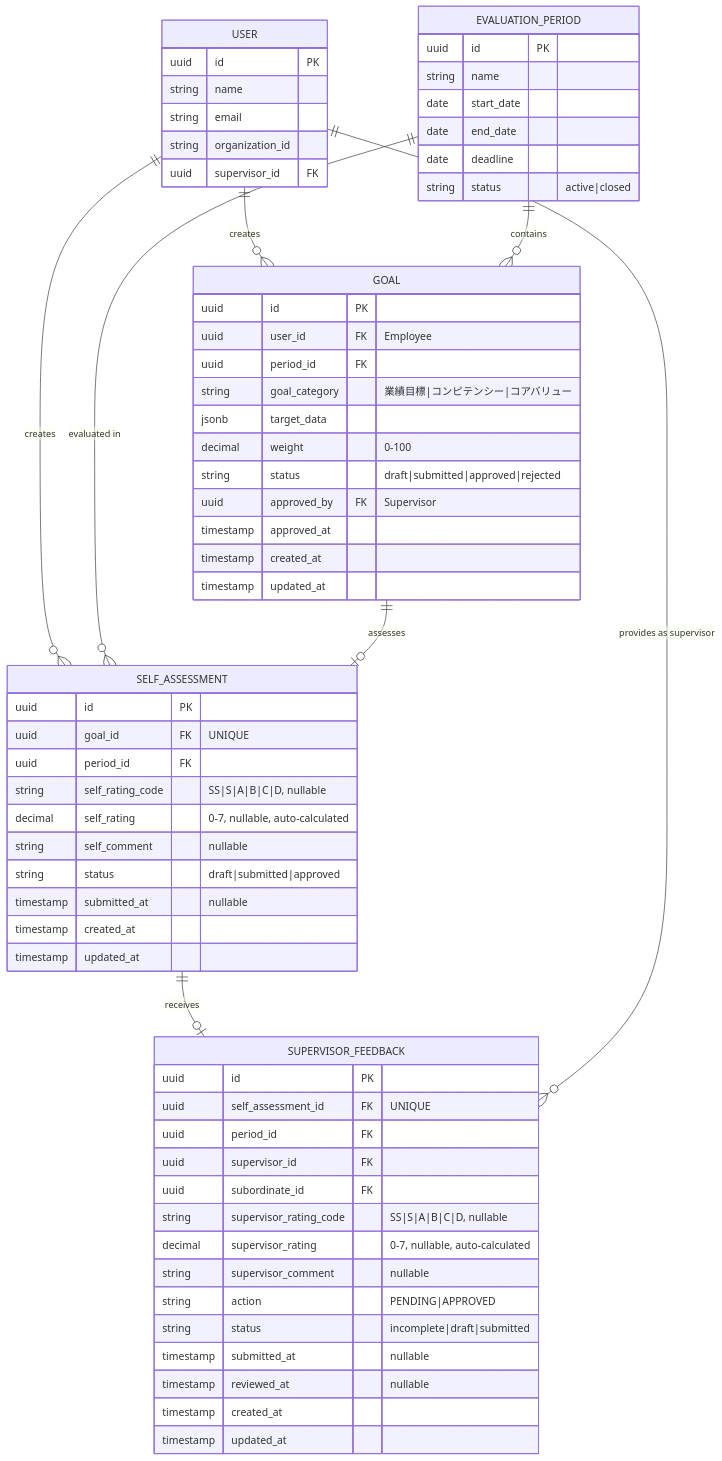
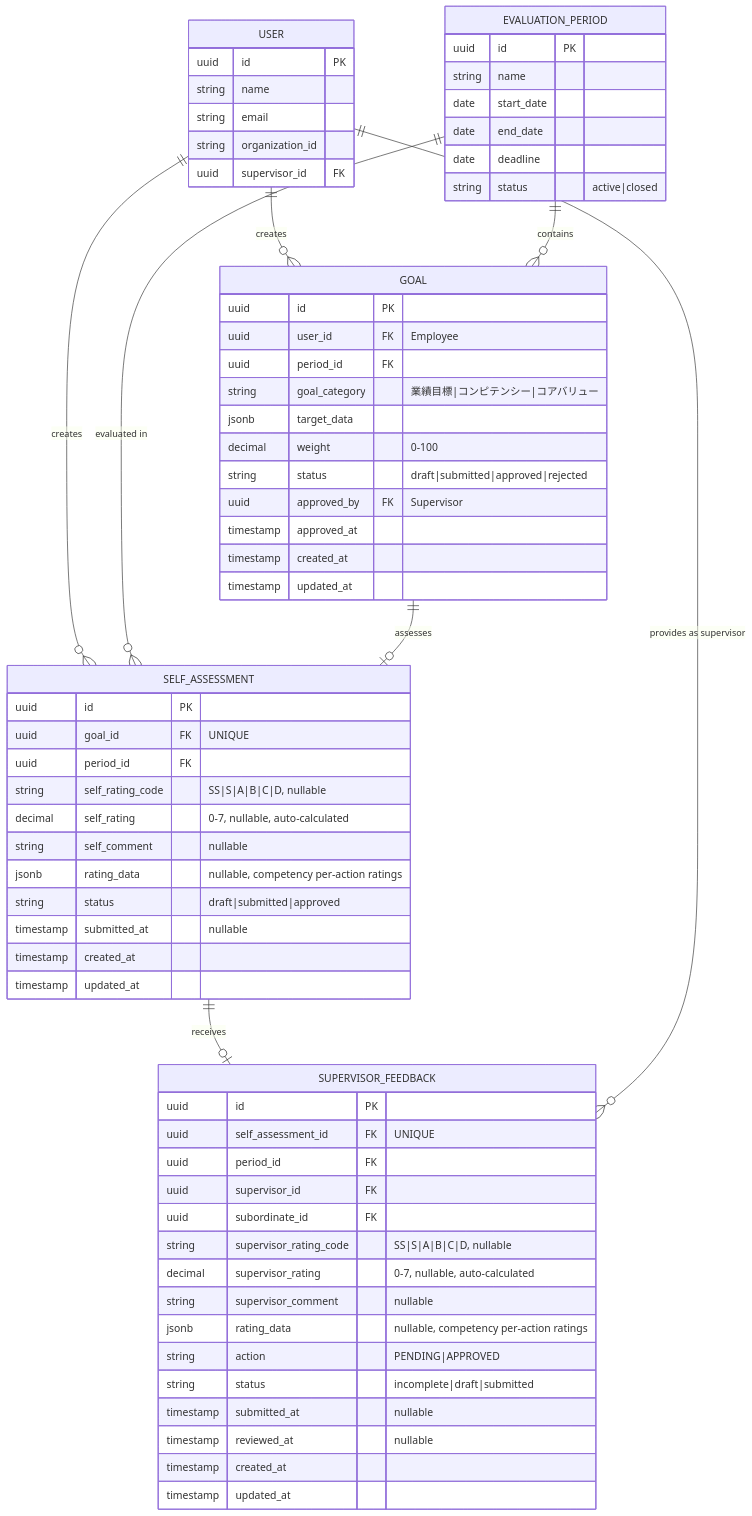
The first of 3 diagrams in .kiro/specs/self-assessment/domain-model.md (shintairiku/evaluation-system), drawn with Mermaid before and after one commit. The commit also changed other lines of this file and 3 other files, not shown here.

````diff
--- a/.kiro/specs/self-assessment/domain-model.md
+++ b/.kiro/specs/self-assessment/domain-model.md
@@ -261,71 +281,73 @@
 ```mermaid
 erDiagram
     USER ||--o{ GOAL : "creates"
     USER ||--o{ SELF_ASSESSMENT : "creates"
     EVALUATION_PERIOD ||--o{ GOAL : "contains"
     EVALUATION_PERIOD ||--o{ SELF_ASSESSMENT : "evaluated in"
     GOAL ||--o| SELF_ASSESSMENT : "assesses"
     SELF_ASSESSMENT ||--o| SUPERVISOR_FEEDBACK : "receives"
     USER ||--o{ SUPERVISOR_FEEDBACK : "provides as supervisor"
 
     USER {
         uuid id PK
         string name
         string email
         string organization_id
         uuid supervisor_id FK
     }
 
     GOAL {
         uuid id PK
         uuid user_id FK "Employee"
         uuid period_id FK
         string goal_category "業績目標|コンピテンシー|コアバリュー"
         jsonb target_data
         decimal weight "0-100"
         string status "draft|submitted|approved|rejected"
         uuid approved_by FK "Supervisor"
         timestamp approved_at
         timestamp created_at
         timestamp updated_at
     }
 
     EVALUATION_PERIOD {
         uuid id PK
         string name
         date start_date
         date end_date
         date deadline
         string status "active|closed"
     }
 
     SELF_ASSESSMENT {
         uuid id PK
         uuid goal_id FK "UNIQUE"
         uuid period_id FK
         string self_rating_code "SS|S|A|B|C|D, nullable"
         decimal self_rating "0-7, nullable, auto-calculated"
         string self_comment "nullable"
+        jsonb rating_data "nullable, competency per-action ratings"
         string status "draft|submitted|approved"
         timestamp submitted_at "nullable"
         timestamp created_at
         timestamp updated_at
     }
 
     SUPERVISOR_FEEDBACK {
         uuid id PK
         uuid self_assessment_id FK "UNIQUE"
         uuid period_id FK
         uuid supervisor_id FK
         uuid subordinate_id FK
         string supervisor_rating_code "SS|S|A|B|C|D, nullable"
         decimal supervisor_rating "0-7, nullable, auto-calculated"
         string supervisor_comment "nullable"
+        jsonb rating_data "nullable, competency per-action ratings"
         string action "PENDING|APPROVED"
         string status "incomplete|draft|submitted"
         timestamp submitted_at "nullable"
         timestamp reviewed_at "nullable"
         timestamp created_at
         timestamp updated_at
     }
 ```
````
